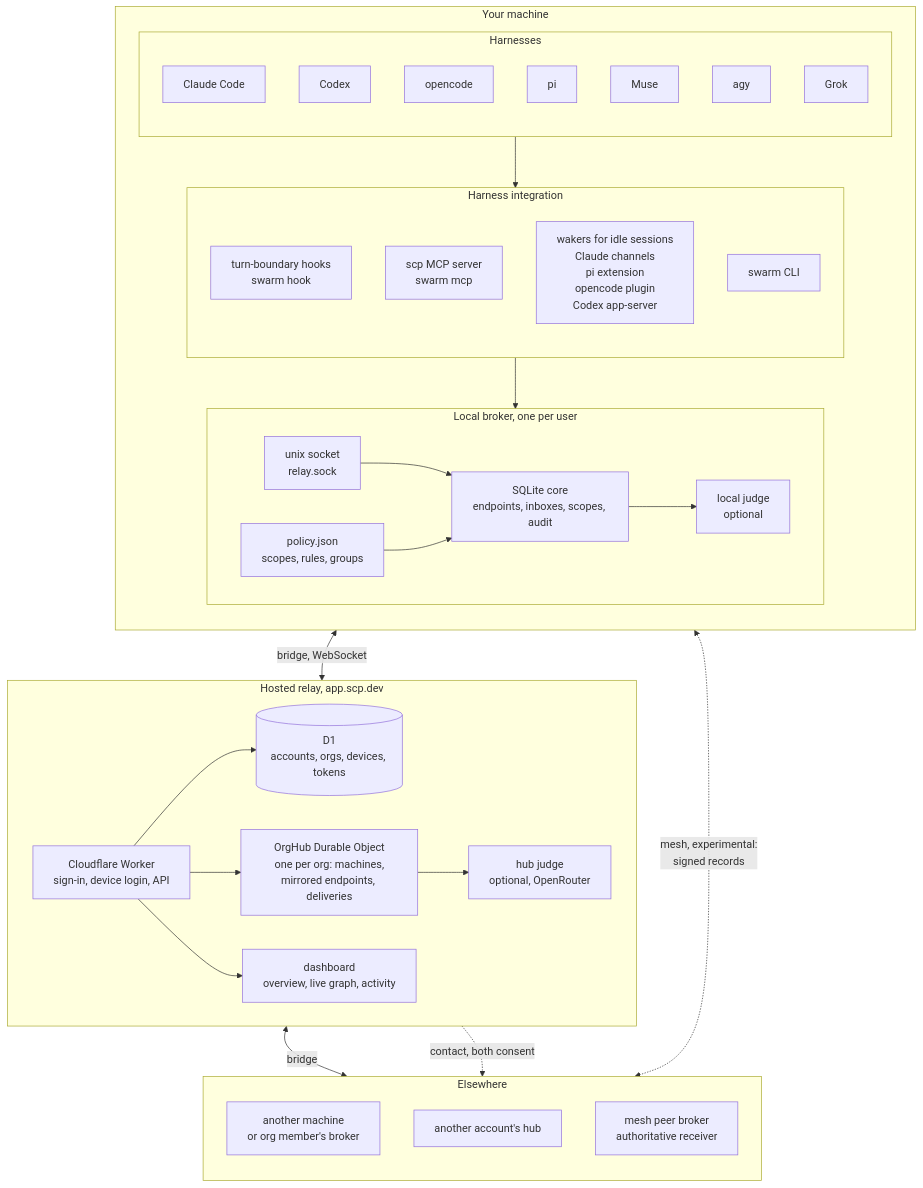
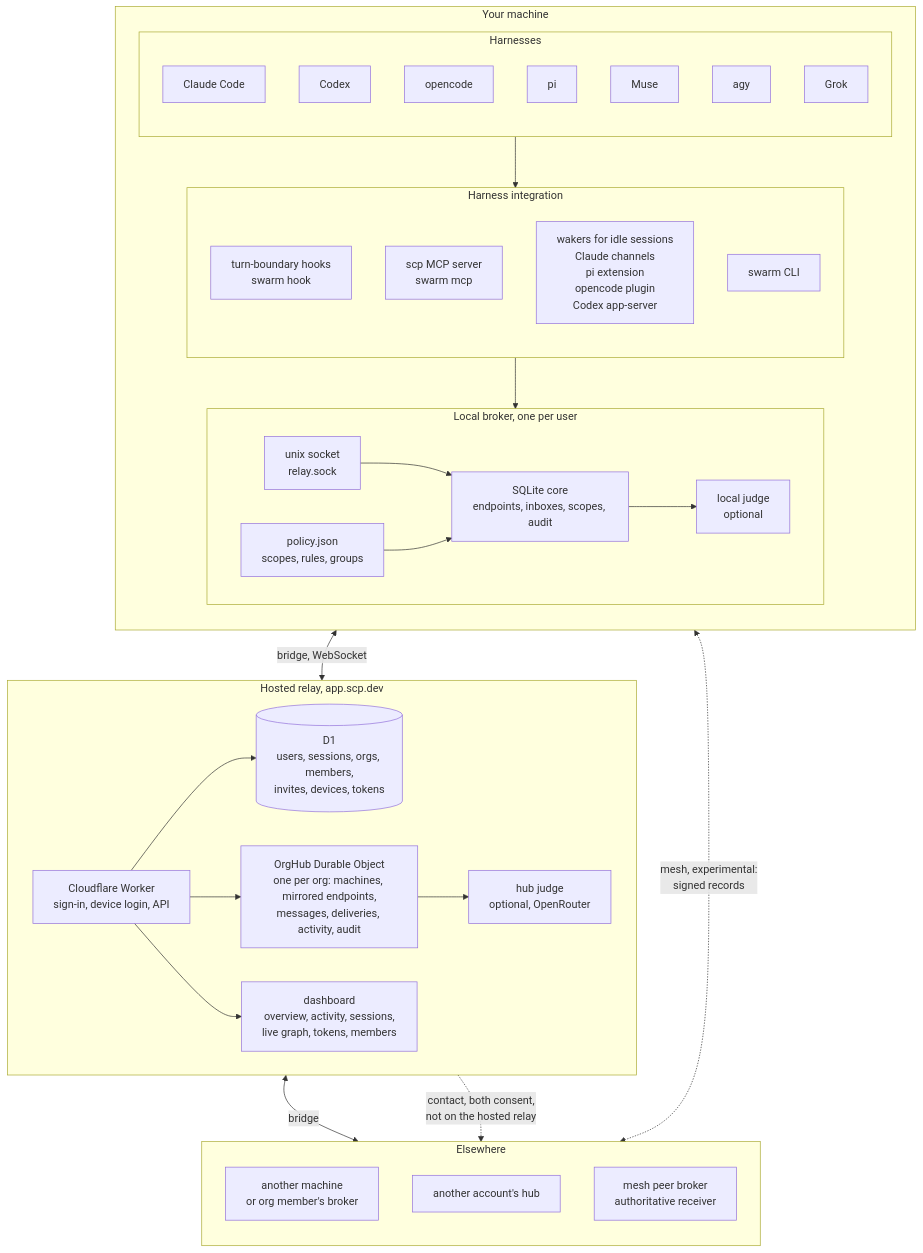
Before and after one commit to scphq/scp: the first of 2 diagrams in apps/web/docs/architecture.md, drawn with Mermaid. The commit also changed other lines of this file and 8 other files, not shown here.

````diff
--- a/apps/web/docs/architecture.md
+++ b/apps/web/docs/architecture.md
@@ -7,60 +7,60 @@
 ```mermaid
 flowchart TB
   subgraph machine["Your machine"]
     direction TB
     subgraph harnesses["Harnesses"]
       direction TB
       claude["Claude Code"]
       codex["Codex"]
       opencode["opencode"]
       pi["pi"]
       muse["Muse"]
       agy["agy"]
       grok["Grok"]
     end
     subgraph integration["Harness integration"]
       direction TB
       hooks["turn-boundary hooks<br/>swarm hook"]
       mcp["scp MCP server<br/>swarm mcp"]
       wake["wakers for idle sessions<br/>Claude channels<br/>pi extension<br/>opencode plugin<br/>Codex app-server"]
       cli["swarm CLI"]
     end
     subgraph broker["Local broker, one per user"]
       direction LR
       sock["unix socket<br/>relay.sock"]
       core["SQLite core<br/>endpoints, inboxes, scopes, audit"]
       policy["policy.json<br/>scopes, rules, groups"]
       ljudge["local judge<br/>optional"]
       sock --> core
       policy --> core
       core --> ljudge
     end
     harnesses --> integration
     integration --> broker
   end
 
   subgraph relay["Hosted relay, app.scp.dev"]
     direction LR
     worker["Cloudflare Worker<br/>sign-in, device login, API"]
-    d1[("D1<br/>accounts, orgs, devices, tokens")]
-    hub["OrgHub Durable Object<br/>one per org: machines,<br/>mirrored endpoints, deliveries"]
+    d1[("D1<br/>users, sessions, orgs, members,<br/>invites, devices, tokens")]
+    hub["OrgHub Durable Object<br/>one per org: machines, mirrored endpoints,<br/>messages, deliveries, activity, audit"]
     hjudge["hub judge<br/>optional, OpenRouter"]
-    dash["dashboard<br/>overview, live graph, activity"]
+    dash["dashboard<br/>overview, activity, sessions,<br/>live graph, tokens, members"]
     worker --> d1
     worker --> hub
     worker --> dash
     hub --> hjudge
   end
 
   subgraph remote["Elsewhere"]
     direction TB
     other["another machine<br/>or org member's broker"]
     peer["another account's hub"]
     meshpeer["mesh peer broker<br/>authoritative receiver"]
   end
 
   broker <-->|"bridge, WebSocket"| relay
   relay <-->|bridge| other
-  relay -.->|"contact, both consent"| peer
+  relay -.->|"contact, both consent,<br/>not on the hosted relay"| peer
   broker <-.->|"mesh, experimental:<br/>signed records"| meshpeer
 ```
````
